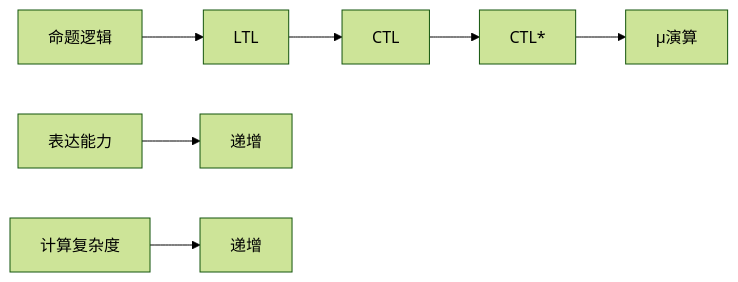
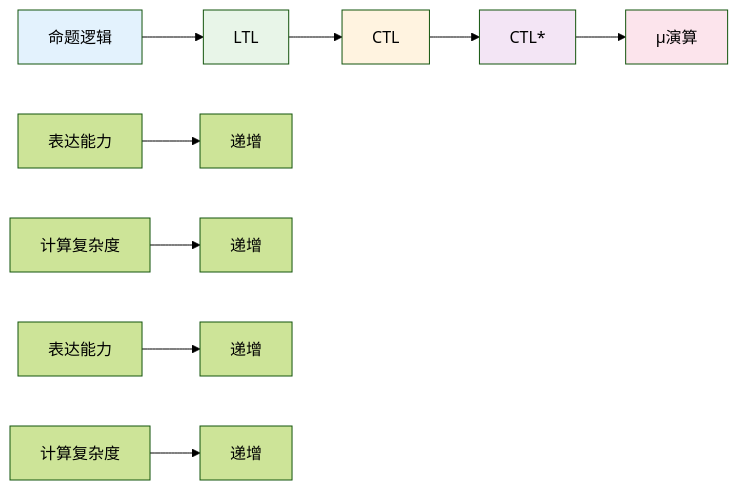
Before and after one commit to AdaMartin18010/Lean: the third of 9 diagrams in analysis/1-形式化理论/1.3-时序逻辑与控制/1.3.6-图表与多表征.md, drawn with Mermaid (forest theme). The commit also changed other lines of this file and 24 other files, not shown here.

````diff
--- a/analysis/1-形式化理论/1.3-时序逻辑与控制/1.3.6-图表与多表征.md
+++ b/analysis/1-形式化理论/1.3-时序逻辑与控制/1.3.6-图表与多表征.md
@@ -42,10 +130,18 @@
 ```mermaid
 graph LR
   A[命题逻辑] --> B[LTL]
   B --> C[CTL]
   C --> D[CTL*]
   D --> E[μ演算]
   
   A1[表达能力] --> A2[递增]
   A3[计算复杂度] --> A4[递增]
+  A5[表达能力] --> A6[递增]
+  A7[计算复杂度] --> A8[递增]
+  
+  style A fill:#e3f2fd
+  style B fill:#e8f5e8
+  style C fill:#fff3e0
+  style D fill:#f3e5f5
+  style E fill:#fce4ec
 ```
````
